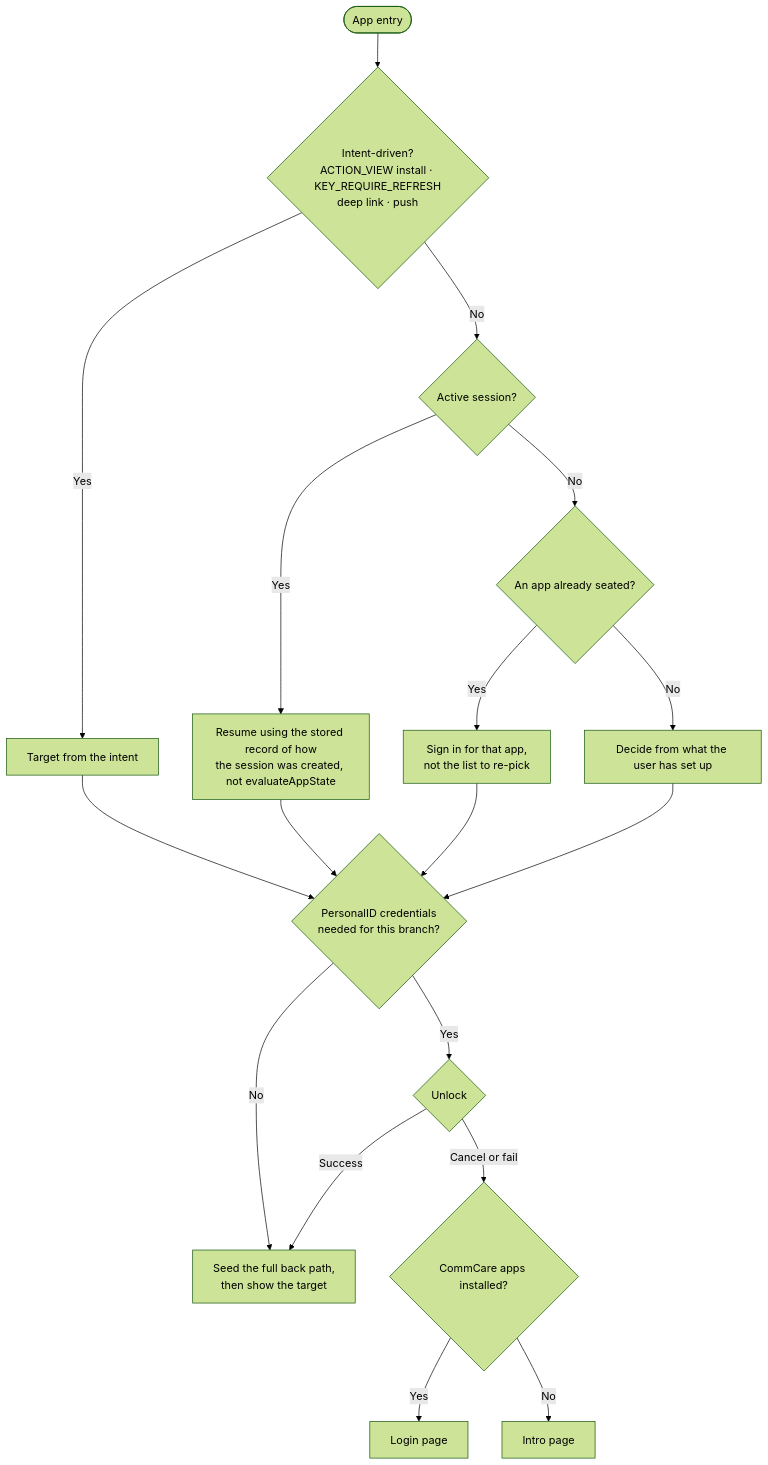
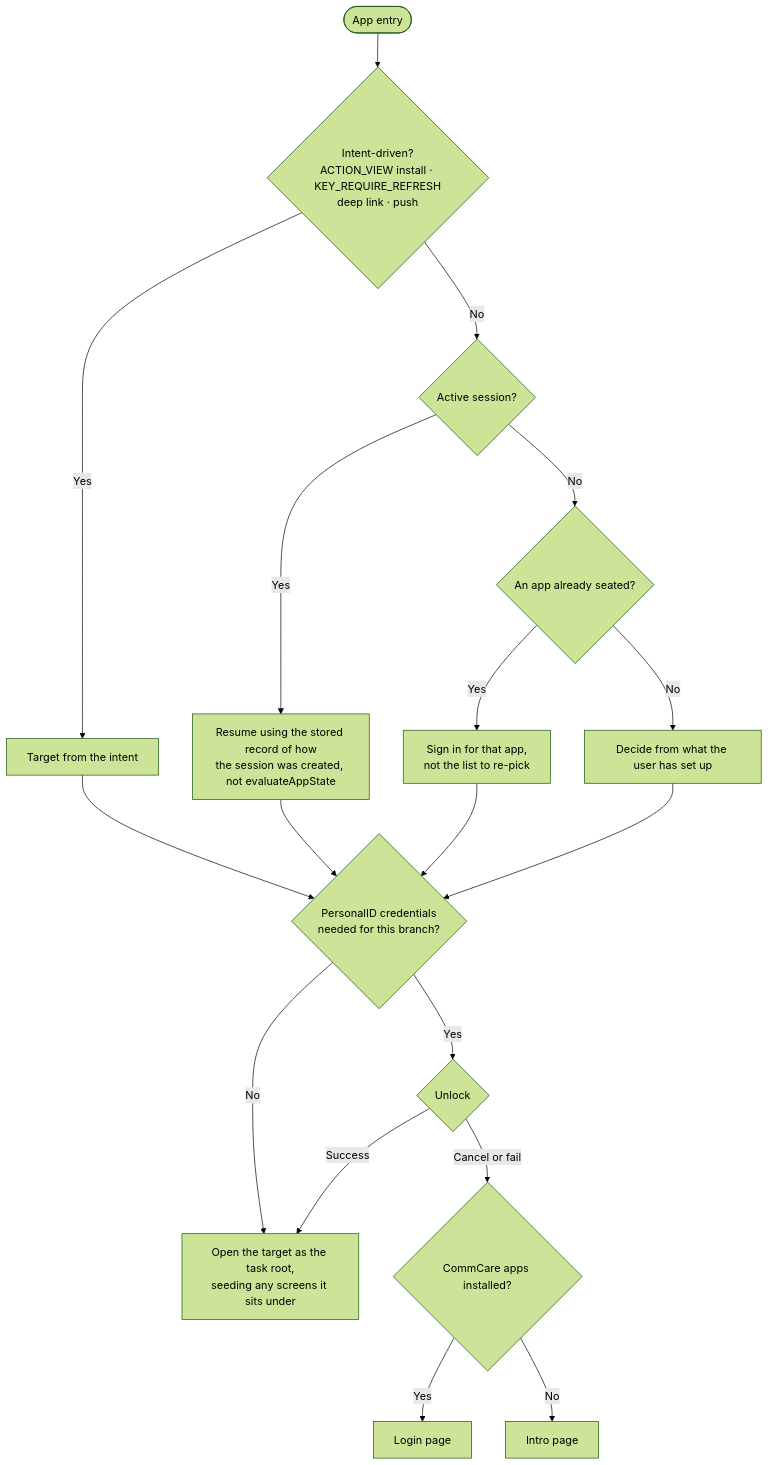
The diagram in docs/superpowers/specs/2026-07-23-app-navigation-changes-design.md (dimagi/commcare-android), drawn with Mermaid (forest theme) before and after one commit. The commit also changed other lines of this file, not shown here.

````diff
--- a/docs/superpowers/specs/2026-07-23-app-navigation-changes-design.md
+++ b/docs/superpowers/specs/2026-07-23-app-navigation-changes-design.md
@@ -17,16 +17,16 @@
 ```mermaid
 flowchart TD
     E([App entry]) --> I{"Intent-driven?<br/>ACTION_VIEW install · KEY_REQUIRE_REFRESH<br/>deep link · push"}
     I -->|Yes| Target[Target from the intent] --> Need{"PersonalID credentials<br/>needed for this branch?"}
     I -->|No| S{Active session?}
     S -->|Yes| Prov["Resume using the stored record of how<br/>the session was created, not evaluateAppState"] --> Need
     S -->|No| Seat{An app already seated?}
     Seat -->|Yes| SignIn["Sign in for that app,<br/>not the list to re-pick"] --> Need
     Seat -->|No| Config[Decide from what the user has set up] --> Need
-    Need -->|No| Seed["Seed the full back path,<br/>then show the target"]
+    Need -->|No| Open["Open the target as the task root,<br/>seeding any screens it sits under"]
     Need -->|Yes| Unlock{Unlock}
-    Unlock -->|Success| Seed
+    Unlock -->|Success| Open
     Unlock -->|Cancel or fail| Apps{CommCare apps installed?}
     Apps -->|Yes| Login[Login page]
     Apps -->|No| Intro[Intro page]
 ```
````
